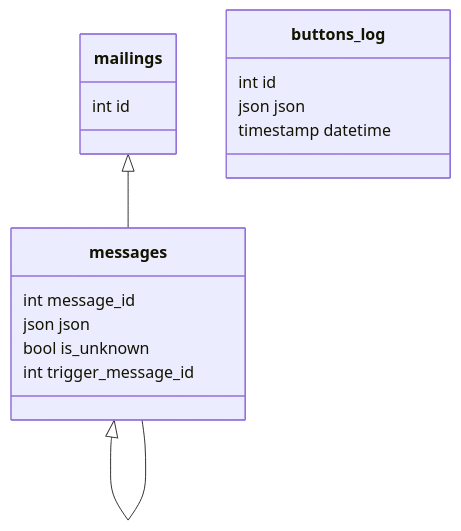
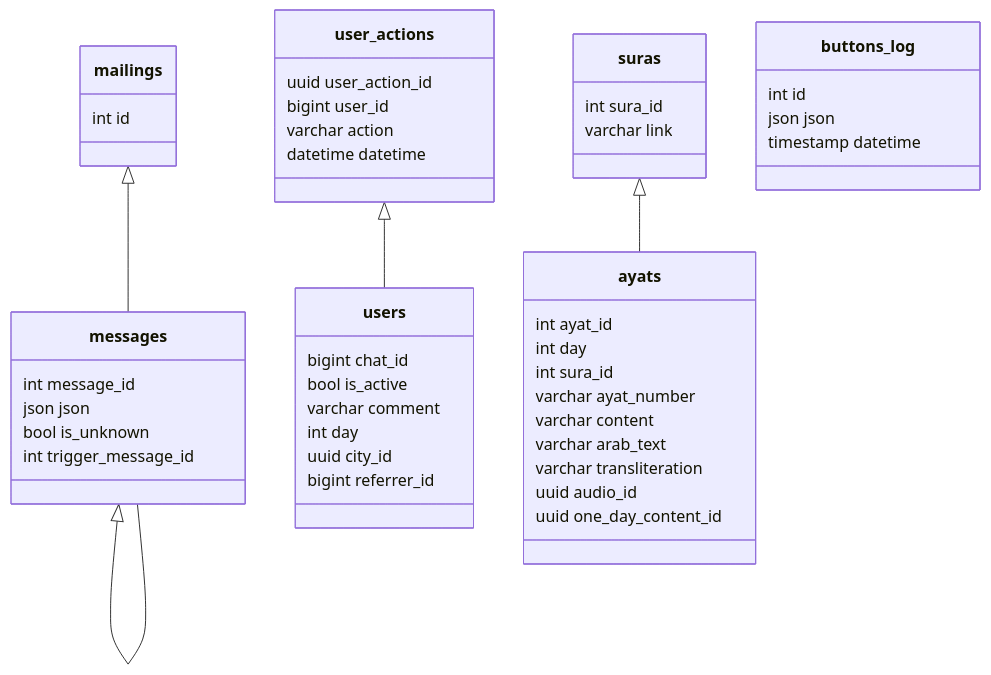
Before and after one commit to blablatdinov/tg-quranbot: the third of 3 diagrams in docs/db_schema_specification.md, drawn with Mermaid. The commit also changed 2 other files, not shown here.

Commit message:
add tables

````diff
--- a/docs/db_schema_specification.md
+++ b/docs/db_schema_specification.md
@@ -103,19 +103,50 @@
 ```mermaid
 classDiagram
     mailings <|-- messages
     messages <|-- messages
+    user_actions <|-- users
+    suras <|-- ayats
     class messages{
         int message_id
         json json
         bool is_unknown
         int trigger_message_id
     }
     class mailings{
         int id
     }
     class buttons_log{
         int id
         json json
         timestamp datetime
     }
+    class user_actions{
+        uuid user_action_id
+        bigint user_id
+        varchar action
+        datetime datetime
+    }
+    class users{
+        bigint chat_id
+        bool is_active
+        varchar comment
+        int day
+        uuid city_id
+        bigint referrer_id
+    }
+    class suras{
+        int sura_id
+        varchar link
+    }
+    class ayats{
+        int ayat_id
+        int day
+        int sura_id
+        varchar ayat_number
+        varchar content
+        varchar arab_text
+        varchar transliteration
+        uuid audio_id
+        uuid one_day_content_id
+    }
 ```
````
